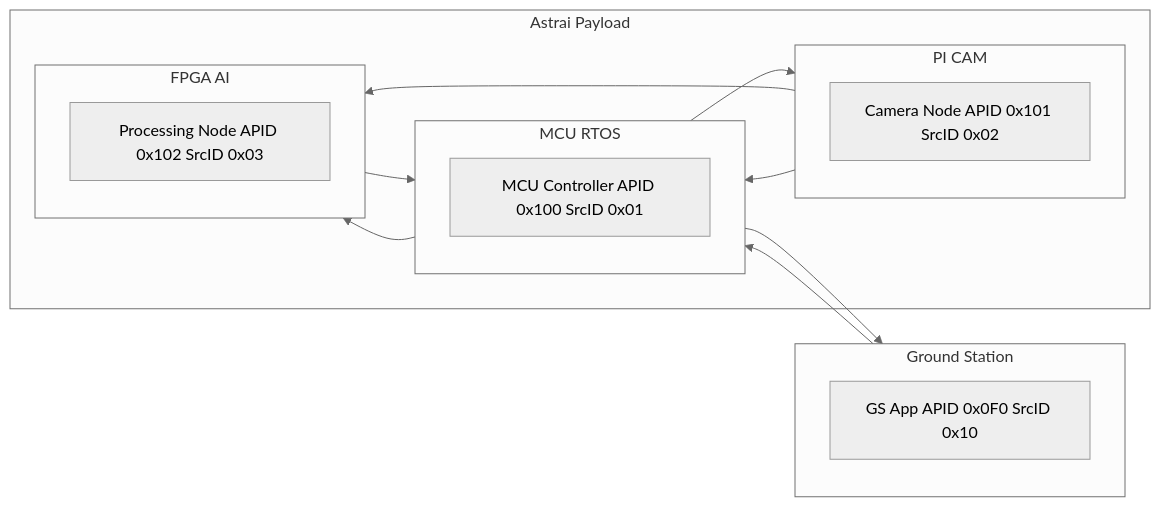
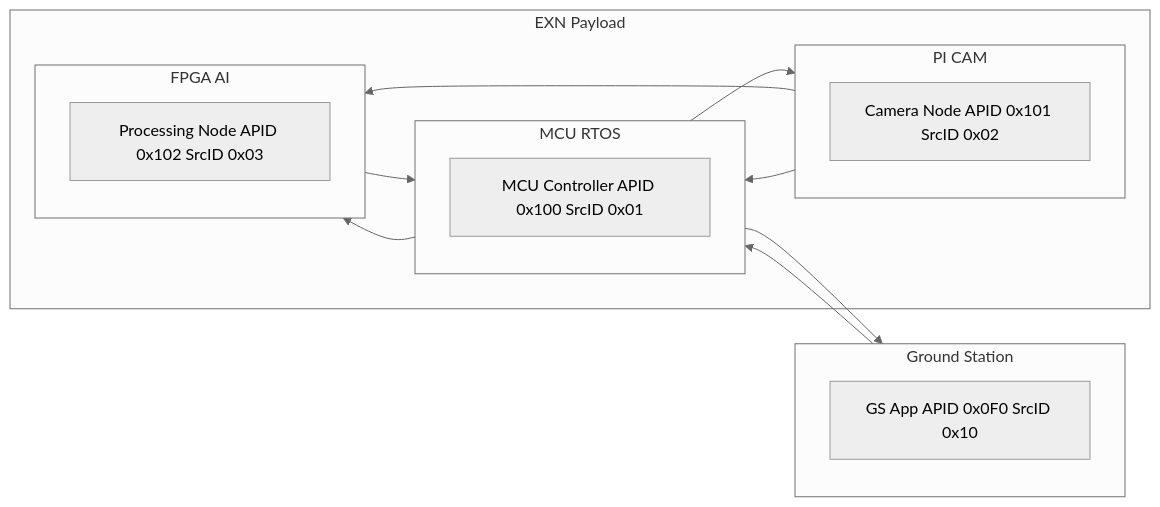
The diagram in README.md (ExoSpaceLabs/exn), drawn with Mermaid (neutral theme) before and after one commit. The commit also changed other lines of this file and 31 other files, not shown here.

````diff
--- a/README.md
+++ b/README.md
@@ -41,38 +41,38 @@
 ```mermaid
 graph LR
   %% GitHub-friendly Mermaid: quoted subgraph labels and explicit directions
   subgraph "Ground Station"
     direction TB
     GSNode[GS App APID 0x0F0 SrcID 0x10]
   end
 
-  subgraph "Astrai Payload"
+  subgraph "EXN Payload"
   
       subgraph "MCU RTOS"
         direction TB
         MCUNode[MCU Controller APID 0x100 SrcID 0x01]
       end
     
       subgraph "PI CAM"
         direction TB
         PiNode[Camera Node APID 0x101 SrcID 0x02]
       end
     
       subgraph "FPGA AI"
         direction TB
         FpgaNode[Processing Node APID 0x102 SrcID 0x03]
       end
       
   end
 
   GSNode --> MCUNode
   MCUNode --> GSNode
 
   MCUNode --> PiNode
   MCUNode --> FpgaNode
 
   PiNode --> MCUNode
   FpgaNode --> MCUNode
 
   PiNode --> FpgaNode
 ```
````
